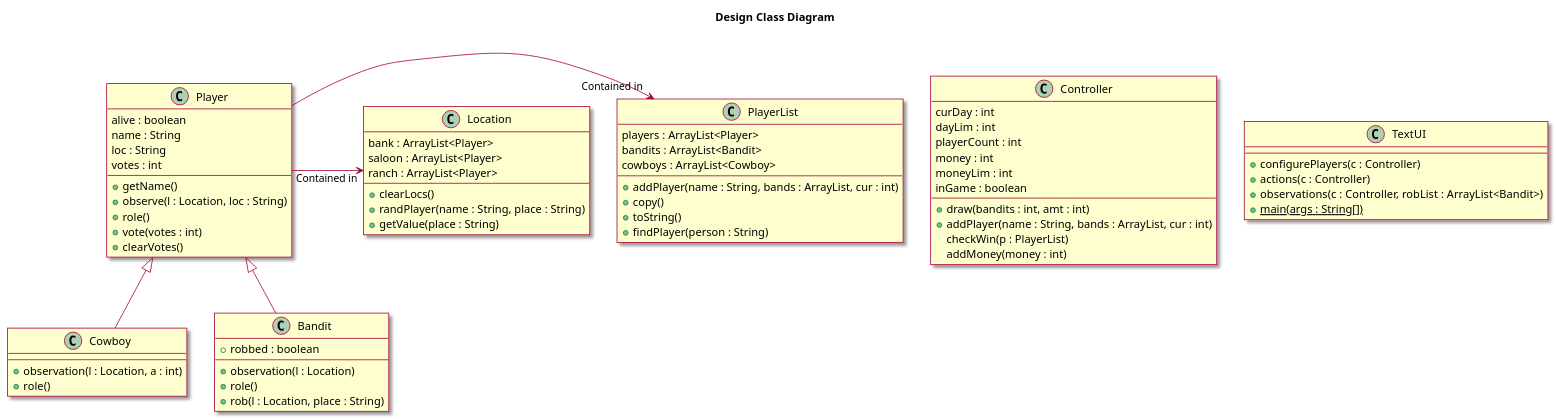
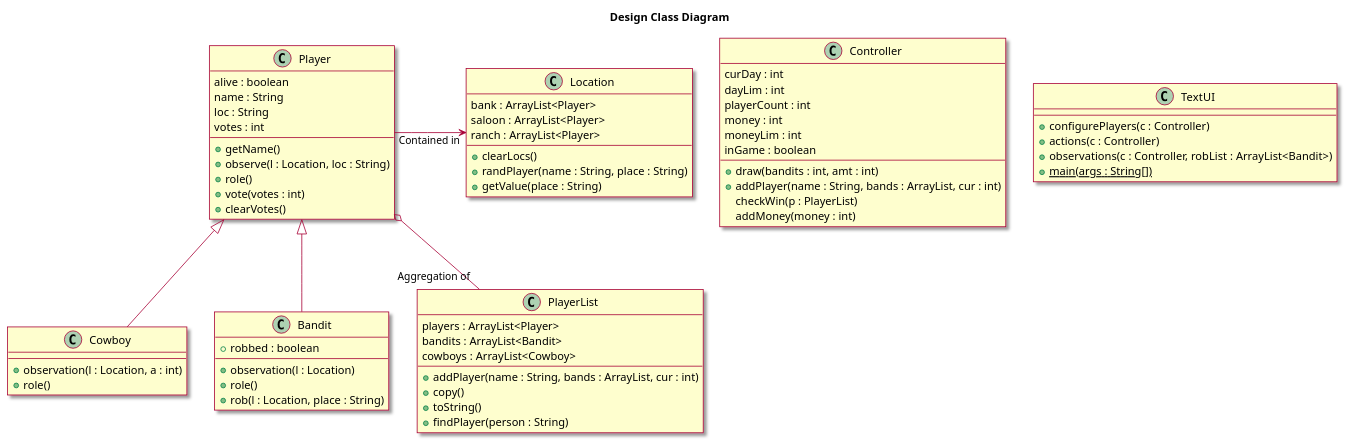
One commit to DeannaLC/AndroidProject changed the fourth of 4 diagrams in intellij/doc/design.md. Above: the diagram before and after it, drawn with PlantUML. The commit also changed other lines of this file and 8 other files, not shown here.

Commit message:
Add Unit Tests and Update Sequence Diagrams

```diff
--- a/intellij/doc/design.md
+++ b/intellij/doc/design.md
@@ -192,7 +182,7 @@
 +getValue(place : String)
 }
 
-Player -> "Contained in" PlayerList: \t\t
+Player o-- "Aggregation of" PlayerList: \t\t
 Player -> "Contained in" Location: \t\t
 Player <|-- Bandit
 Player <|-- Cowboy
```
